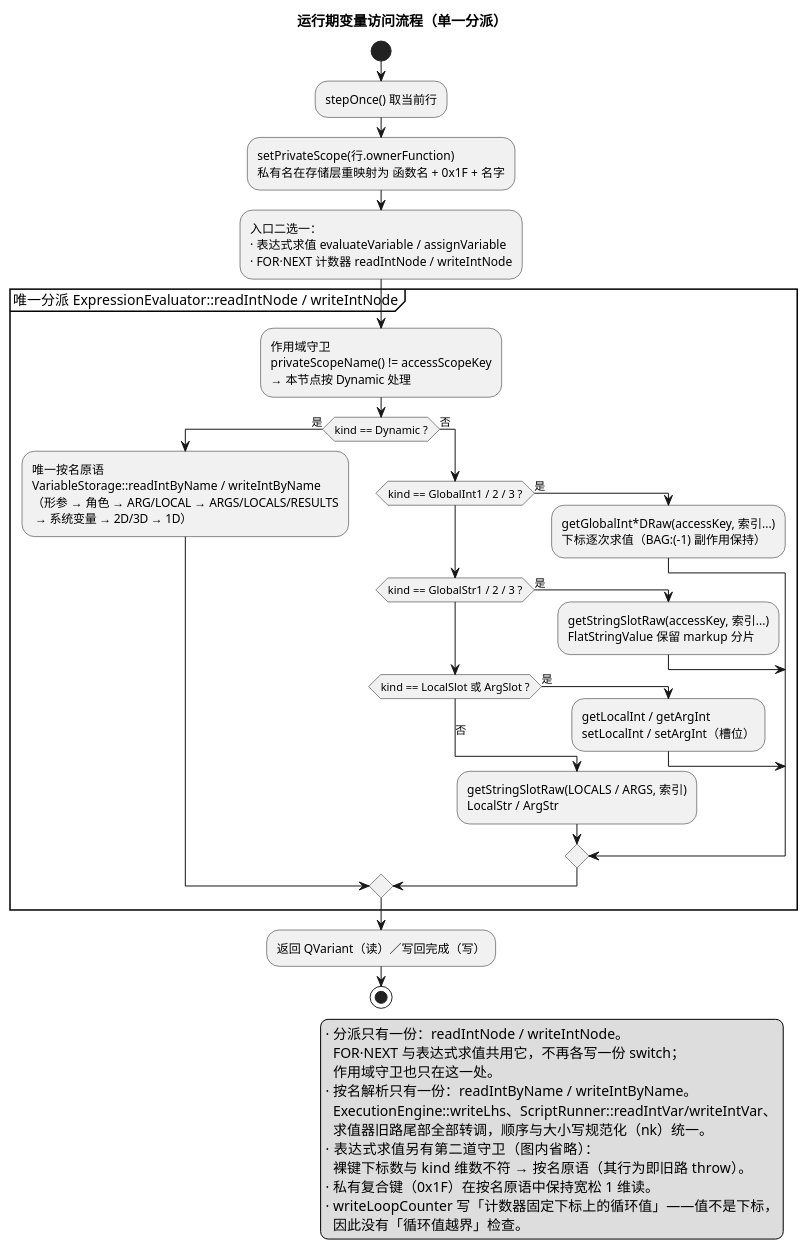
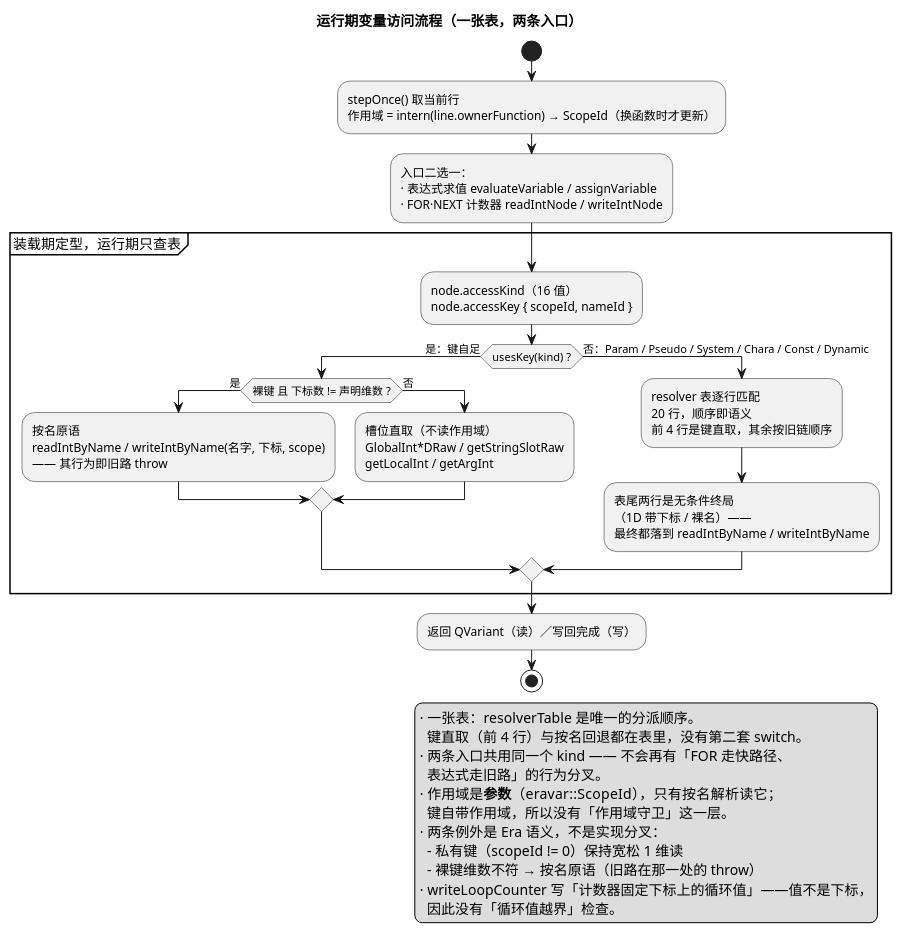
The diagram in docs/uml/05-variable-access.puml (yigekuyou/qt-eraemu), drawn with PlantUML before and after one commit. The commit also changed 8 other files, not shown here.

First line of the commit message:
docs/uml：按四轮重构重画（身份整数化 / 全定型 / 作用域显式 / 只读收尾外移）

```diff
--- a/docs/uml/05-variable-access.puml
+++ b/docs/uml/05-variable-access.puml
@@ -1,59 +1,55 @@
 @startuml 05-variable-access
 ' 无 graphviz(dot) 时用 PlantUML 内置 smetana 布局引擎
 !pragma layout smetana
 ' 竖直排列 if/elseif，避免横向漂移（旧版本忽略此行也能渲染）
 !pragma useVerticalIf on
-' emuera —— 运行期变量访问：两条入口 → 唯一分派 → 唯一按名原语
+' emuera —— 运行期变量访问：两条入口 → 一张表 → 唯一按名原语
 ' 渲染：plantuml -tpng docs/uml/05-variable-access.puml
-title 运行期变量访问流程（单一分派）
+title 运行期变量访问流程（一张表，两条入口）
 
 start
-:stepOnce() 取当前行;
-:setPrivateScope(行.ownerFunction)
-私有名在存储层重映射为 函数名 + 0x1F + 名字;
+:stepOnce() 取当前行
+作用域 = intern(line.ownerFunction) → ScopeId（换函数时才更新）;
 :入口二选一：
 · 表达式求值 evaluateVariable / assignVariable
 · FOR·NEXT 计数器 readIntNode / writeIntNode;
 
-partition "唯一分派 ExpressionEvaluator::readIntNode / writeIntNode" {
-  :作用域守卫
-  privateScopeName() != accessScopeKey
-  → 本节点按 Dynamic 处理;
-  if (kind == Dynamic ?) then (是)
-    :唯一按名原语
-    VariableStorage::readIntByName / writeIntByName
-    （形参 → 角色 → ARG/LOCAL → ARGS/LOCALS/RESULTS
-     → 系统变量 → 2D/3D → 1D）;
-  else (否)
-    if (kind == GlobalInt1 / 2 / 3 ?) then (是)
-      :getGlobalInt*DRaw(accessKey, 索引...)
-      下标逐次求值（BAG:(-1) 副作用保持）;
-    elseif (kind == GlobalStr1 / 2 / 3 ?) then (是)
-      :getStringSlotRaw(accessKey, 索引...)
-      FlatStringValue 保留 markup 分片;
-    elseif (kind == LocalSlot 或 ArgSlot ?) then (是)
-      :getLocalInt / getArgInt
-      setLocalInt / setArgInt（槽位）;
+partition "装载期定型，运行期只查表" {
+  :node.accessKind（16 值）
+  node.accessKey { scopeId, nameId };
+  if (usesKey(kind) ?) then (是：键自足)
+    if (裸键 且 下标数 != 声明维数 ?) then (是)
+      :按名原语
+      readIntByName / writeIntByName(名字, 下标, scope)
+      —— 其行为即旧路 throw;
     else (否)
-      :getStringSlotRaw(LOCALS / ARGS, 索引)
-      LocalStr / ArgStr;
+      :槽位直取（不读作用域）
+      GlobalInt*DRaw / getStringSlotRaw
+      getLocalInt / getArgInt;
     endif
+  else (否：Param / Pseudo / System / Chara / Const / Dynamic)
+    :resolver 表逐行匹配
+    20 行，顺序即语义
+    前 4 行是键直取，其余按旧链顺序;
+    :表尾两行是无条件终局
+    （1D 带下标 / 裸名）——
+    最终都落到 readIntByName / writeIntByName;
   endif
 }
 :返回 QVariant（读）／写回完成（写）;
 stop
 
 legend right
-  · 分派只有一份：readIntNode / writeIntNode。
-    FOR·NEXT 与表达式求值共用它，不再各写一份 switch；
-    作用域守卫也只在这一处。
-  · 按名解析只有一份：readIntByName / writeIntByName。
-    ExecutionEngine::writeLhs、ScriptRunner::readIntVar/writeIntVar、
-    求值器旧路尾部全部转调，顺序与大小写规范化（nk）统一。
-  · 表达式求值另有第二道守卫（图内省略）：
-    裸键下标数与 kind 维数不符 → 按名原语（其行为即旧路 throw）。
-  · 私有复合键（0x1F）在按名原语中保持宽松 1 维读。
+  · 一张表：resolverTable 是唯一的分派顺序。
+    键直取（前 4 行）与按名回退都在表里，没有第二套 switch。
+  · 两条入口共用同一个 kind —— 不会再有「FOR 走快路径、
+    表达式走旧路」的行为分叉。
+  · 作用域是**参数**（eravar::ScopeId），只有按名解析读它；
+    键自带作用域，所以没有「作用域守卫」这一层。
+  · 两条例外是 Era 语义，不是实现分叉：
+    - 私有键（scopeId != 0）保持宽松 1 维读
+    - 裸键维数不符 → 按名原语（旧路在那一处的 throw）
   · writeLoopCounter 写「计数器固定下标上的循环值」——值不是下标，
     因此没有「循环值越界」检查。
 endlegend
 @enduml
```
